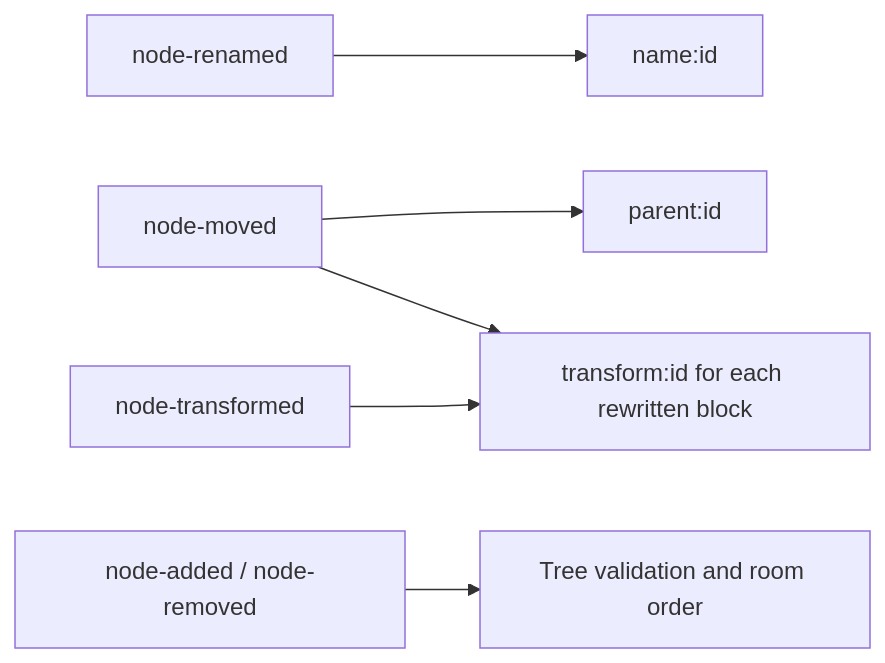
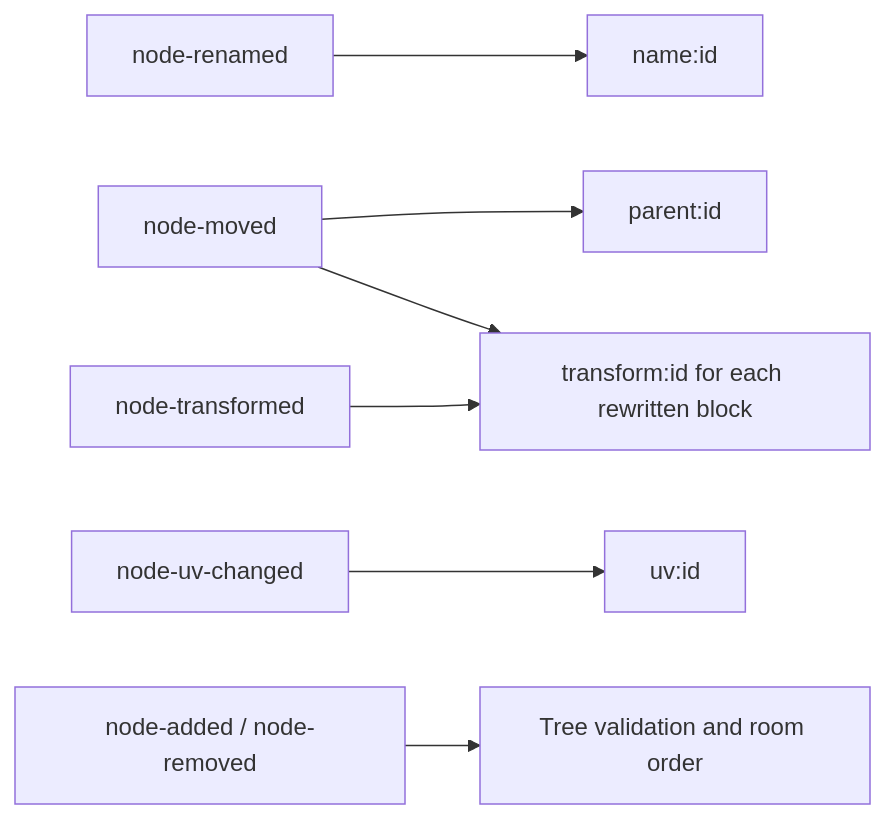
Before and after one commit to JollyPixel/editor: the second of 2 diagrams in packages/assets/voxel-model/ARCHITECTURE.md, drawn with Mermaid. The commit also changed other lines of this file and 78 other files, not shown here.

````diff
--- a/packages/assets/voxel-model/ARCHITECTURE.md
+++ b/packages/assets/voxel-model/ARCHITECTURE.md
@@ -19,8 +19,9 @@
 ```mermaid
 flowchart LR
     Rename["node-renamed"] --> Name["name:id"]
     Move["node-moved"] --> Parent["parent:id"]
     Move --> Transform["transform:id for each rewritten block"]
     Edit["node-transformed"] --> Transform
+    Uv["node-uv-changed"] --> UvKey["uv:id"]
     AddRemove["node-added / node-removed"] --> Order["Tree validation and room order"]
 ```
````
